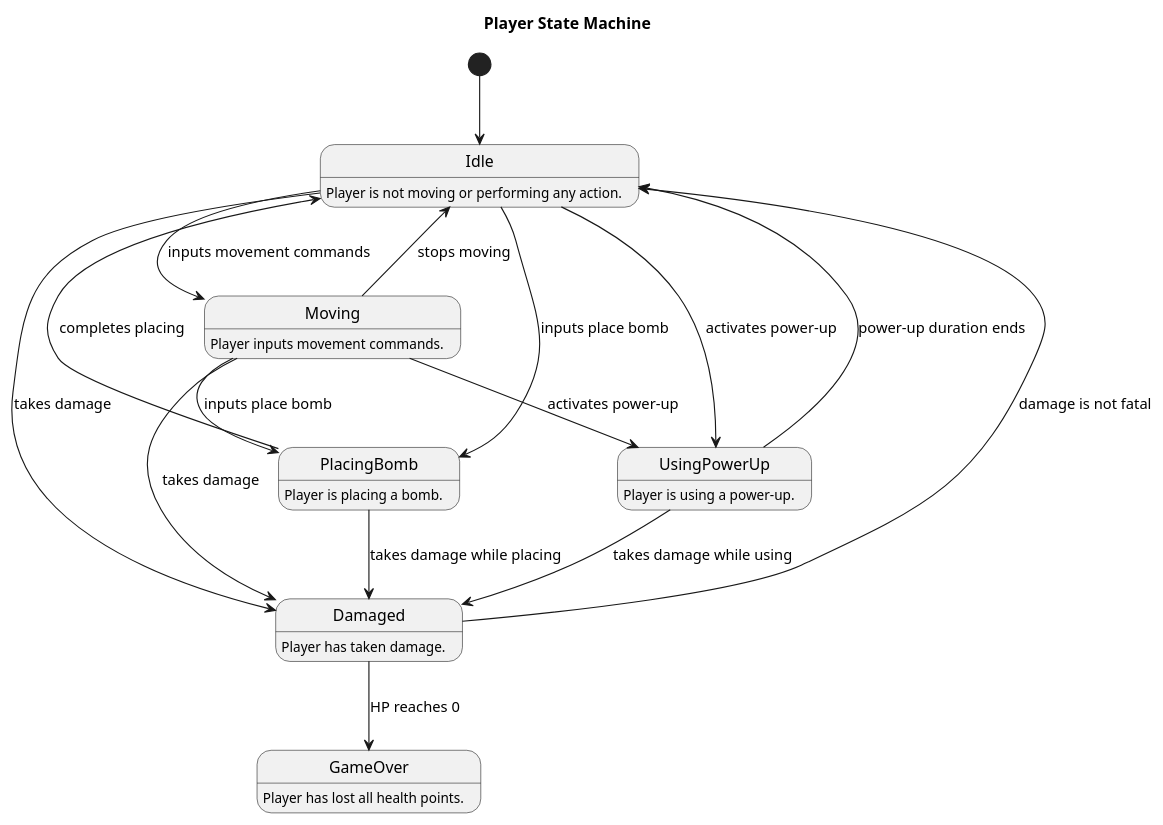
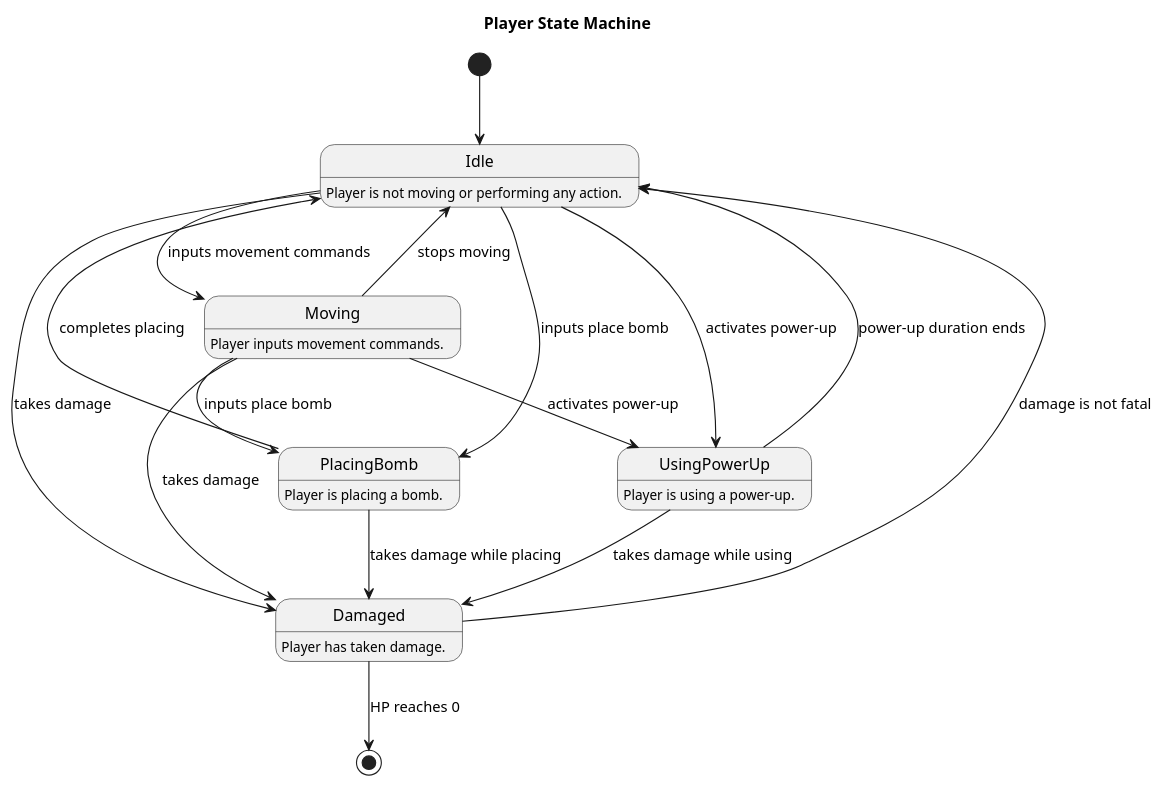
Before and after one commit to TidosDK/boom-battle: the diagram in Documentation/player_state_machine.puml, drawn with PlantUML. The commit also changed 1 other file, not shown here.

Commit message:
Fixed end state for player_state_machine and enemy_state_machine

```diff
--- a/Documentation/player_state_machine.puml
+++ b/Documentation/player_state_machine.puml
@@ -1,32 +1,31 @@
 @startuml PlayerStateMachine
 title Player State Machine
 
 [*] --> Idle
 Idle --> Moving : inputs movement commands
 Moving --> Idle : stops moving
 
 Idle --> PlacingBomb : inputs place bomb
 Moving --> PlacingBomb : inputs place bomb
 
 Idle --> UsingPowerUp : activates power-up
 Moving --> UsingPowerUp : activates power-up
 
 PlacingBomb --> Idle : completes placing
 UsingPowerUp --> Idle : power-up duration ends
 
 Idle --> Damaged : takes damage
 Moving --> Damaged : takes damage
 PlacingBomb --> Damaged : takes damage while placing
 UsingPowerUp --> Damaged : takes damage while using
 
-Damaged --> GameOver : HP reaches 0
+Damaged --> [*] : HP reaches 0
 Damaged --> Idle : damage is not fatal
 
 Idle: Player is not moving or performing any action.
 Moving: Player inputs movement commands.
 PlacingBomb: Player is placing a bomb.
 UsingPowerUp: Player is using a power-up.
 Damaged: Player has taken damage.
-GameOver: Player has lost all health points.
 
 @enduml
```
